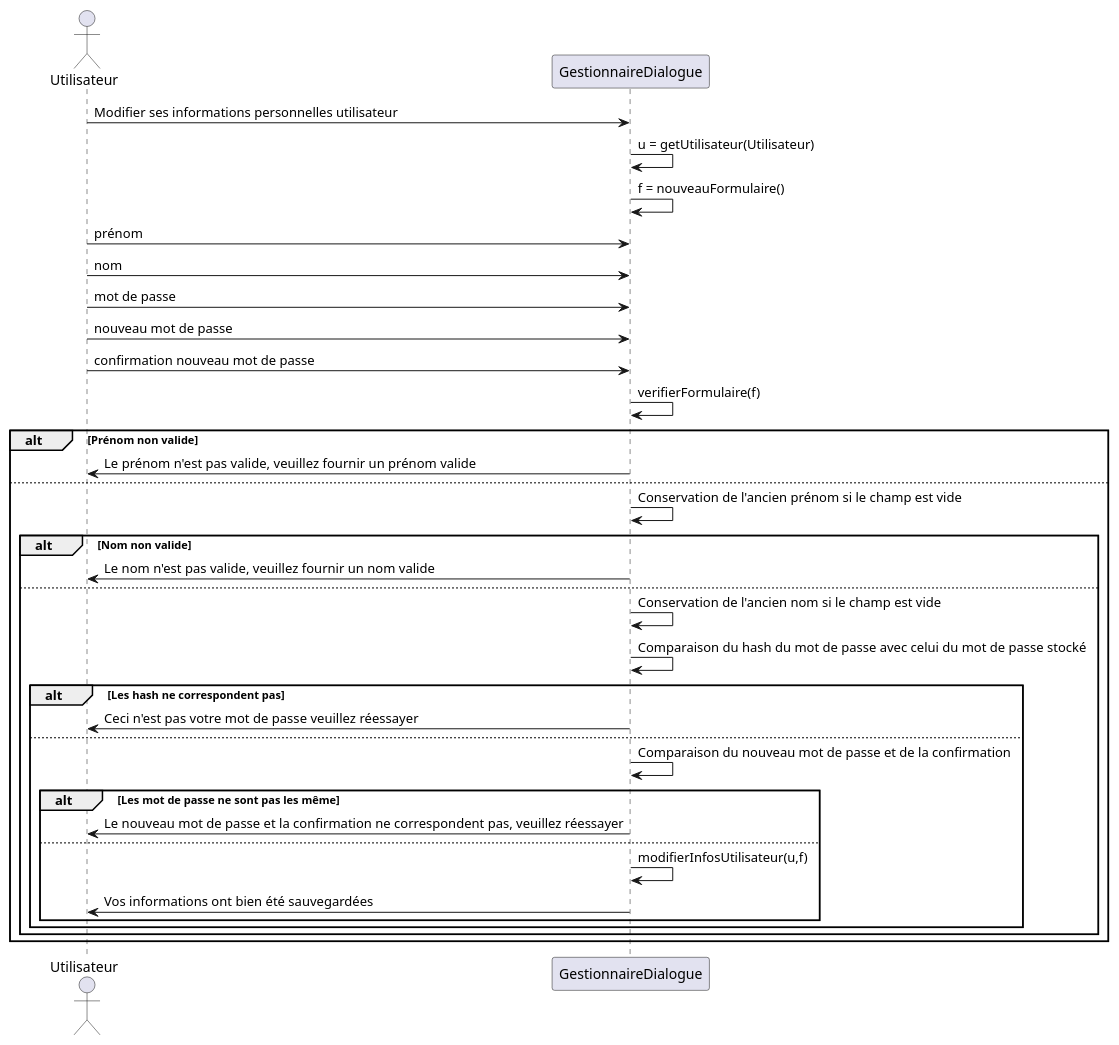
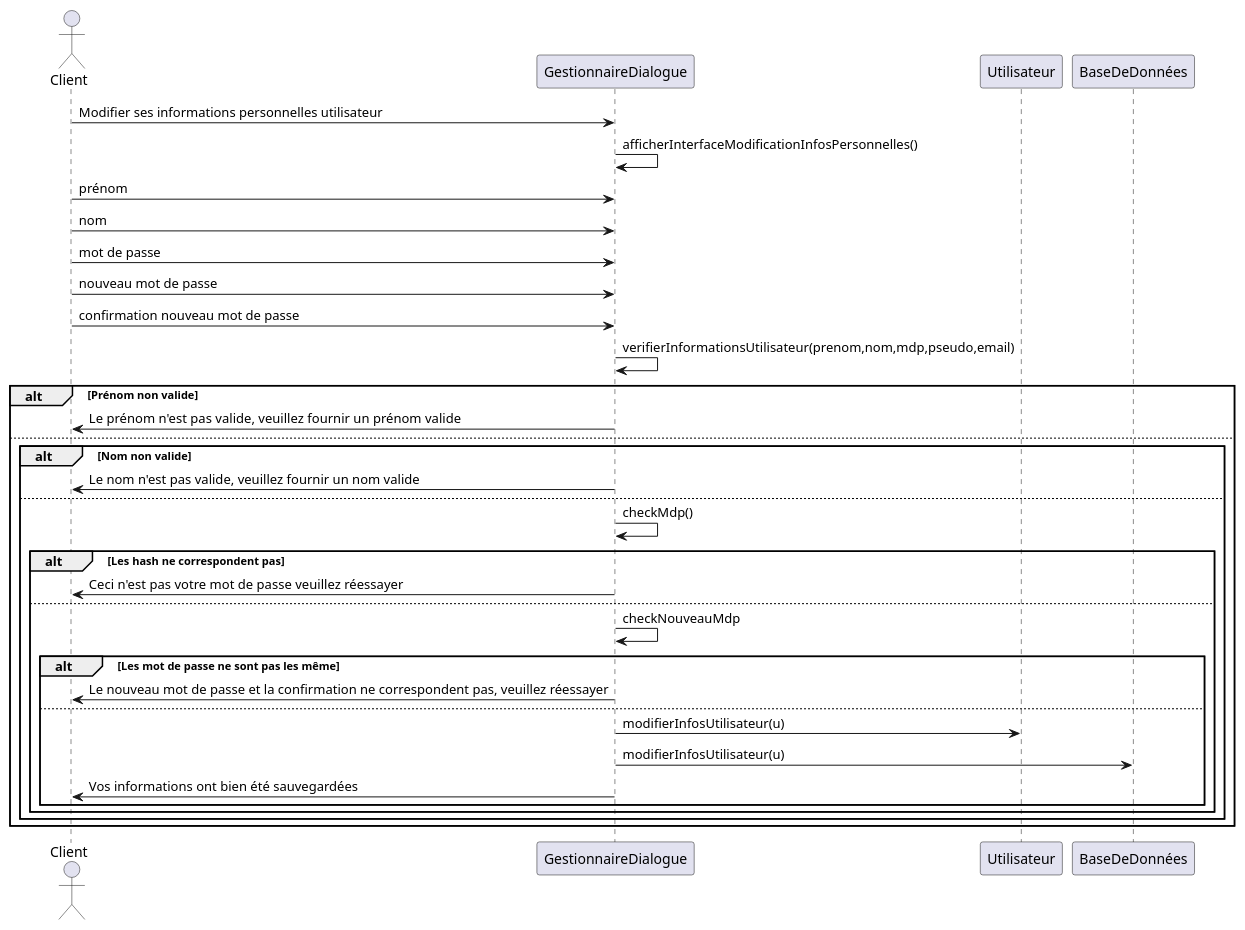
The diagram in diagrammes/conception/modifier-infos-personnelles-utilisateur.puml (lmtb06/sharecount), drawn with PlantUML before and after one commit. The commit also changed 1 other file, not shown here.

Commit message:
Modifier les cas d'utilisations modifier-infos-personnelles-utilisateur et creer-compte-utilisateur

```diff
--- a/diagrammes/conception/modifier-infos-personnelles-utilisateur.puml
+++ b/diagrammes/conception/modifier-infos-personnelles-utilisateur.puml
@@ -1,36 +1,36 @@
 @startuml
-actor "Utilisateur" as user
+actor "Client" as user
 participant GestionnaireDialogue as sc
+participant Utilisateur as u
+participant BaseDeDonnées as bdd
 
 user -> sc : Modifier ses informations personnelles utilisateur
-sc 	-> 	sc : u = getUtilisateur(Utilisateur)
-sc 	-> 	sc : f = nouveauFormulaire()
+sc 	-> 	sc : afficherInterfaceModificationInfosPersonnelles()
 user 	-> 	sc : prénom
 user 	-> 	sc : nom
 user 	-> 	sc : mot de passe
 user 	-> 	sc : nouveau mot de passe
 user 	-> 	sc : confirmation nouveau mot de passe
-sc 	-> 	sc : verifierFormulaire(f)
+sc 	-> 	sc : verifierInformationsUtilisateur(prenom,nom,mdp,pseudo,email)
 alt Prénom non valide
 user 	<- 	sc : Le prénom n'est pas valide, veuillez fournir un prénom valide
 else
-sc 	-> 	sc : Conservation de l'ancien prénom si le champ est vide
 alt Nom non valide
 user 	<- 	sc : Le nom n'est pas valide, veuillez fournir un nom valide
 else
-sc 	-> 	sc : Conservation de l'ancien nom si le champ est vide
-sc 	->	sc : Comparaison du hash du mot de passe avec celui du mot de passe stocké
+sc 	->	sc : checkMdp()
 alt Les hash ne correspondent pas
 user 	<- 	sc : Ceci n'est pas votre mot de passe veuillez réessayer
 else
-sc 	-> 	sc : Comparaison du nouveau mot de passe et de la confirmation
+sc 	-> 	sc : checkNouveauMdp
 alt Les mot de passe ne sont pas les même
 user 	<- 	sc : Le nouveau mot de passe et la confirmation ne correspondent pas, veuillez réessayer
 else
-sc 	-> 	sc : modifierInfosUtilisateur(u,f)
+sc 	-> 	u : modifierInfosUtilisateur(u)
+sc 	-> 	bdd : modifierInfosUtilisateur(u)
 user 	<- 	sc : Vos informations ont bien été sauvegardées
 end
 end
 end
 end
 @enduml
```
